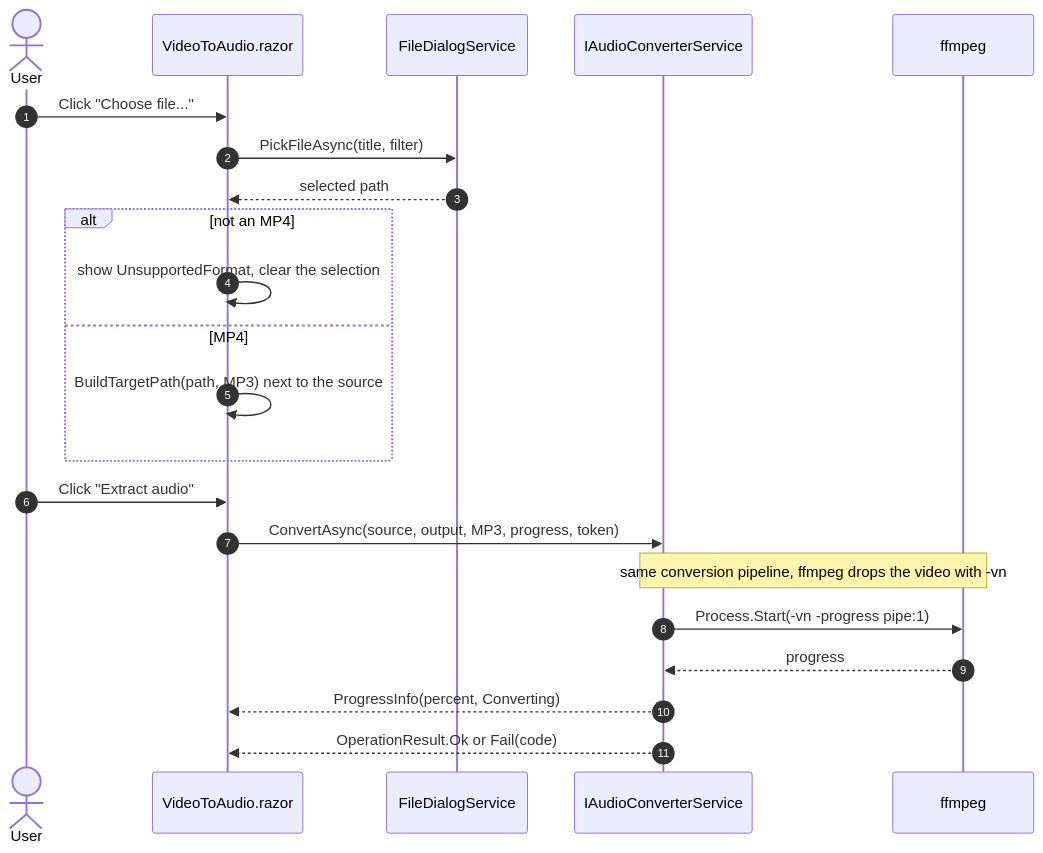
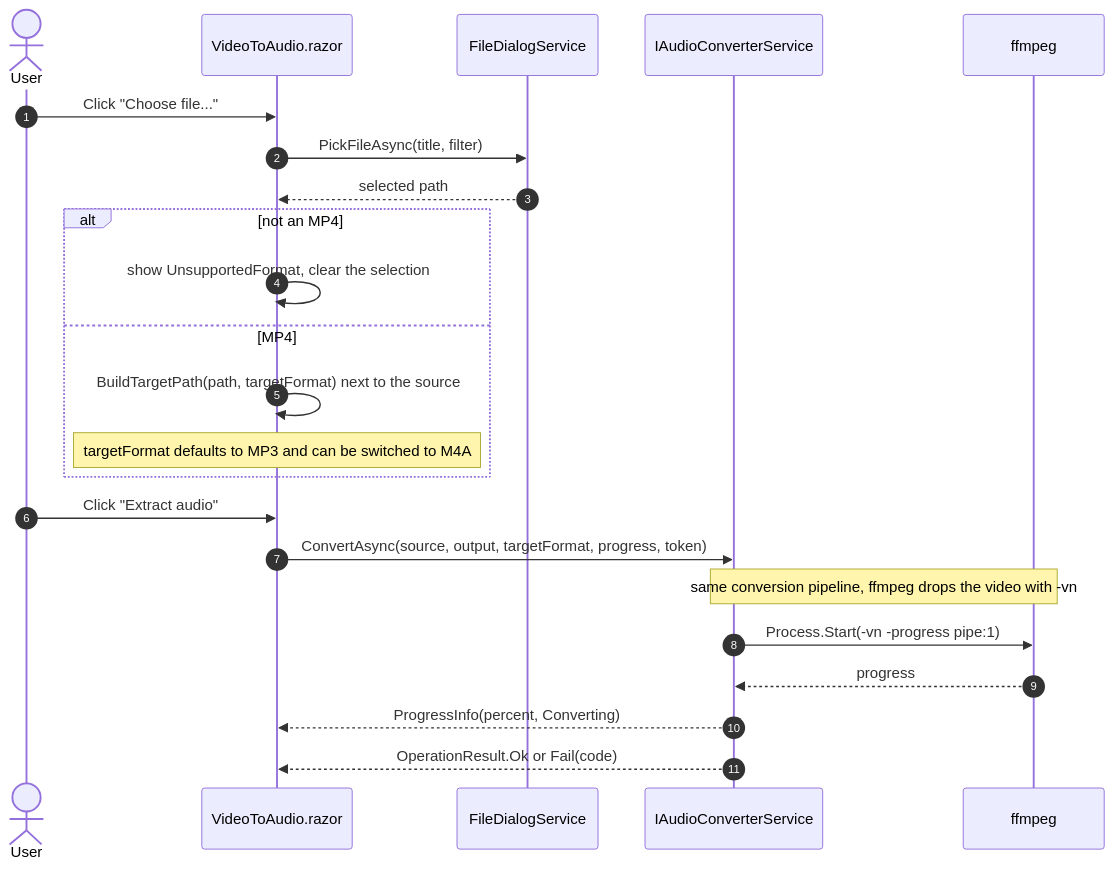
The diagram in docs/diagrams/video-to-audio.md (Starlord71/Streamlite), drawn with Mermaid before and after one commit. The commit also changed 24 other files, not shown here.

````diff
--- a/docs/diagrams/video-to-audio.md
+++ b/docs/diagrams/video-to-audio.md
@@ -6,26 +6,27 @@
 ```mermaid
 sequenceDiagram
     autonumber
     actor User
     participant Tab as VideoToAudio.razor
     participant Dialogs as FileDialogService
     participant Core as IAudioConverterService
     participant Ffmpeg as ffmpeg
 
     User->>Tab: Click "Choose file..."
     Tab->>Dialogs: PickFileAsync(title, filter)
     Dialogs-->>Tab: selected path
     alt not an MP4
         Tab->>Tab: show UnsupportedFormat, clear the selection
     else MP4
-        Tab->>Tab: BuildTargetPath(path, MP3) next to the source
+        Tab->>Tab: BuildTargetPath(path, targetFormat) next to the source
+        Note over Tab: targetFormat defaults to MP3 and can be switched to M4A
     end
 
     User->>Tab: Click "Extract audio"
-    Tab->>Core: ConvertAsync(source, output, MP3, progress, token)
+    Tab->>Core: ConvertAsync(source, output, targetFormat, progress, token)
     Note over Core,Ffmpeg: same conversion pipeline, ffmpeg drops the video with -vn
     Core->>Ffmpeg: Process.Start(-vn -progress pipe:1)
     Ffmpeg-->>Core: progress
     Core-->>Tab: ProgressInfo(percent, Converting)
     Core-->>Tab: OperationResult.Ok or Fail(code)
 ```
````
